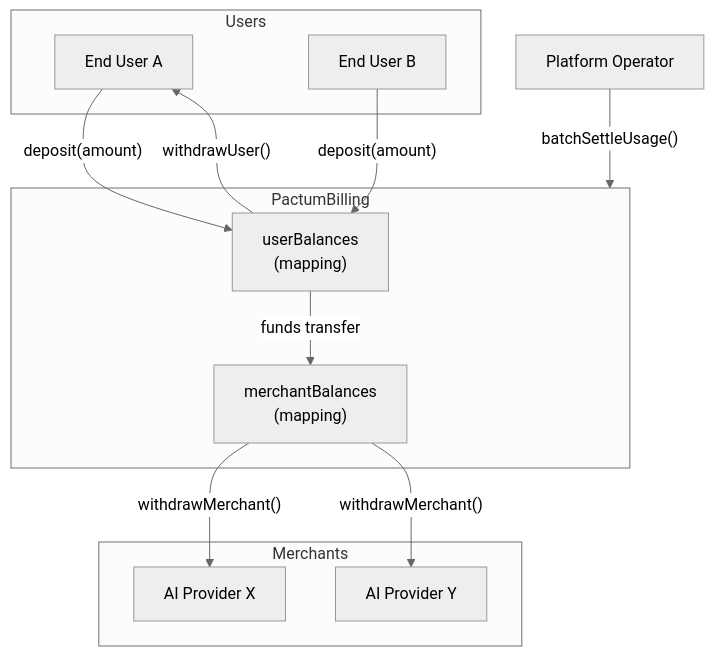
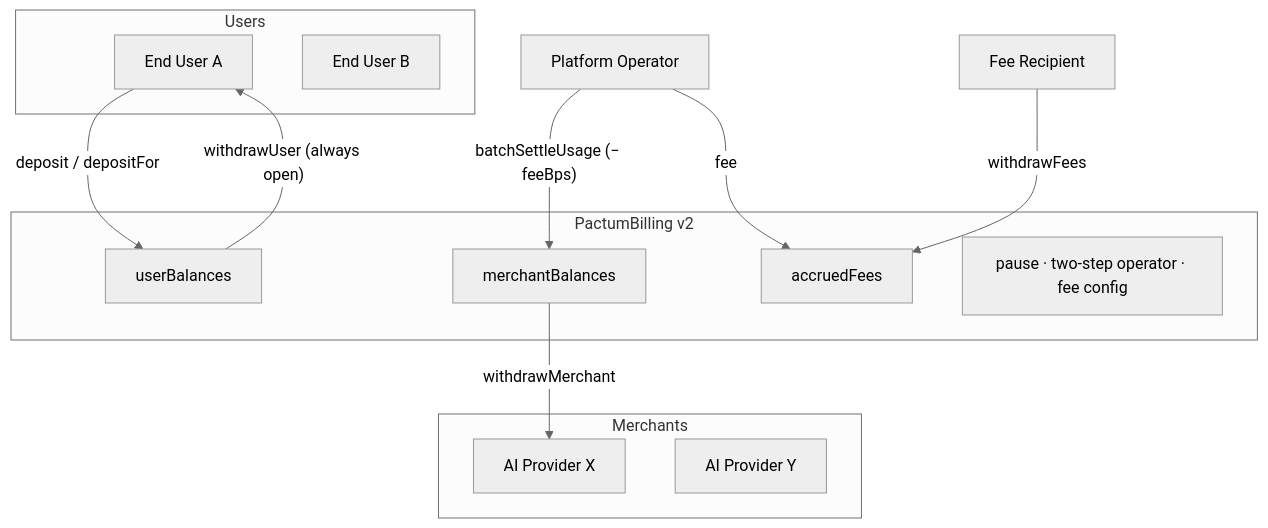
One commit to rizkygm23/pactum changed the diagram in docs/smart-contract.md. Above: the diagram before and after it, drawn with Mermaid (neutral theme). The commit also changed other lines of this file and 115 other files, not shown here.

````diff
--- a/docs/smart-contract.md
+++ b/docs/smart-contract.md
@@ -23,27 +52,29 @@
 ```mermaid
 flowchart TB
     subgraph Users
         U1[End User A]
         U2[End User B]
     end
 
-    subgraph Contract["PactumBilling"]
-        UB["userBalances\n(mapping)"]
-        MB["merchantBalances\n(mapping)"]
+    subgraph Contract["PactumBilling v2"]
+        UB["userBalances"]
+        MB["merchantBalances"]
+        FEES["accruedFees"]
+        CTRL["pause · two-step operator · fee config"]
     end
 
     subgraph Merchants
         M1[AI Provider X]
         M2[AI Provider Y]
     end
 
     OP[Platform Operator]
+    TREASURY[Fee Recipient]
 
-    U1 -- "deposit(amount)" --> UB
-    U2 -- "deposit(amount)" --> UB
-    OP -- "batchSettleUsage()" --> Contract
-    UB -- "funds transfer" --> MB
-    MB -- "withdrawMerchant()" --> M1
-    MB -- "withdrawMerchant()" --> M2
-    UB -- "withdrawUser()" --> U1
+    U1 -- "deposit / depositFor" --> UB
+    OP -- "batchSettleUsage (− feeBps)" --> MB
+    OP -- "fee" --> FEES
+    TREASURY -- "withdrawFees" --> FEES
+    MB -- "withdrawMerchant" --> M1
+    UB -- "withdrawUser (always open)" --> U1
 ```
````
